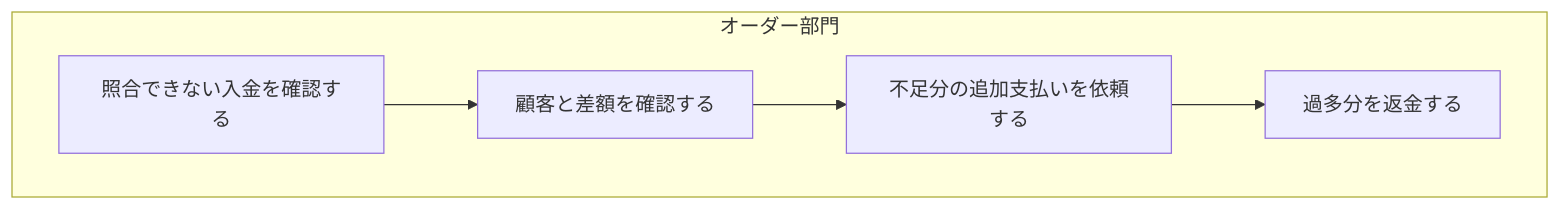
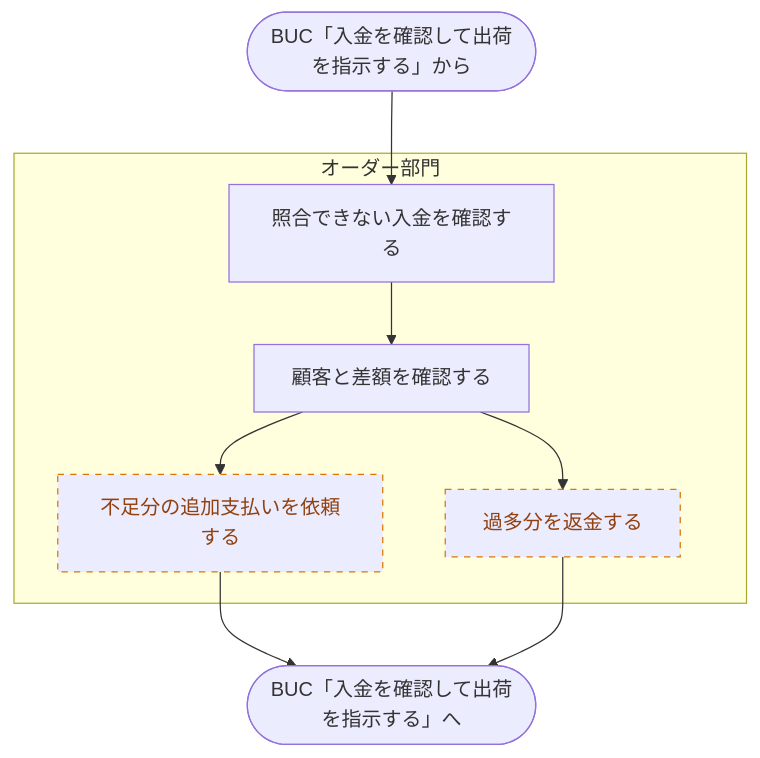
Before and after one commit to Nke0628/rdra-webapp: diagram 19 of 37 in docs/rdra/diagrams.md, drawn with Mermaid. The commit also changed other lines of this file and 10 other files, not shown here.

First line of the commit message:
rdra: BUCの表に先・次の列を足し、業務フロー図を描く(追加質問 1件)

````diff
--- a/docs/rdra/diagrams.md
+++ b/docs/rdra/diagrams.md
@@ -317,13 +505,17 @@
 ```mermaid
 flowchart TB
   subgraph l1["オーダー部門"]
     act2["照合できない入金を確認する"]
     act3["顧客と差額を確認する"]
     act4["不足分の追加支払いを依頼する"]
     act5["過多分を返金する"]
   end
+  from6(["BUC「入金を確認して出荷を指示する」から"]) --> act2
   act2 --> act3
   act3 --> act4
-  act4 --> act5
+  act3 --> act5
+  act4 --> to7(["BUC「入金を確認して出荷を指示する」へ"])
+  act5 --> to7(["BUC「入金を確認して出荷を指示する」へ"])
   classDef hyp stroke-dasharray:5 5,stroke:#d97706,color:#92400e
+  class act4,act5 hyp
 ```
````
